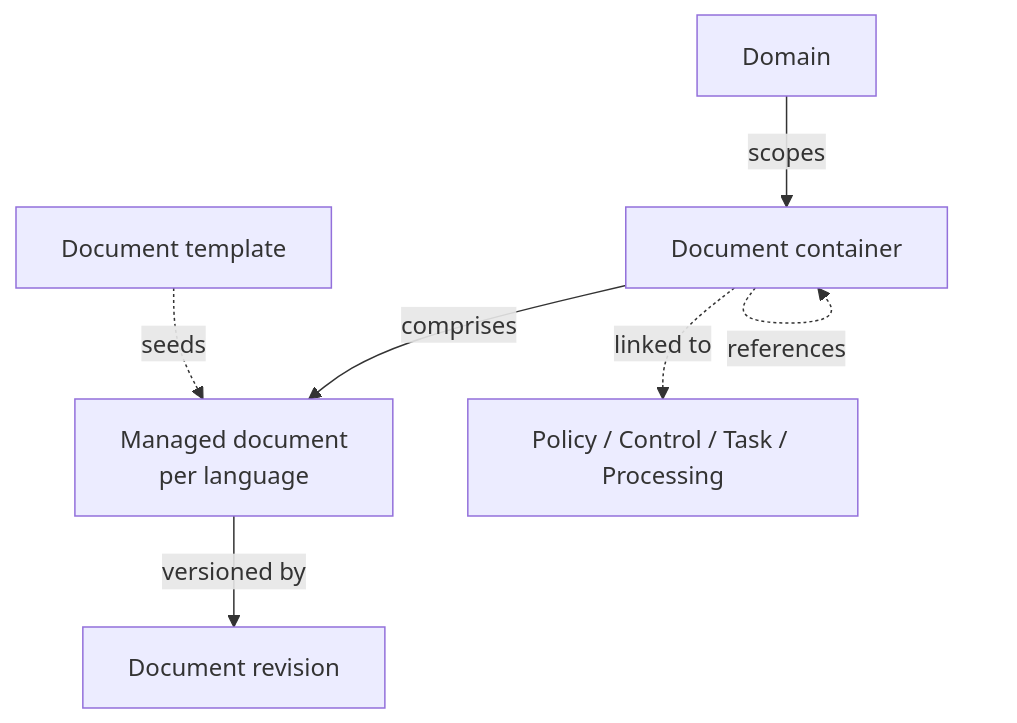
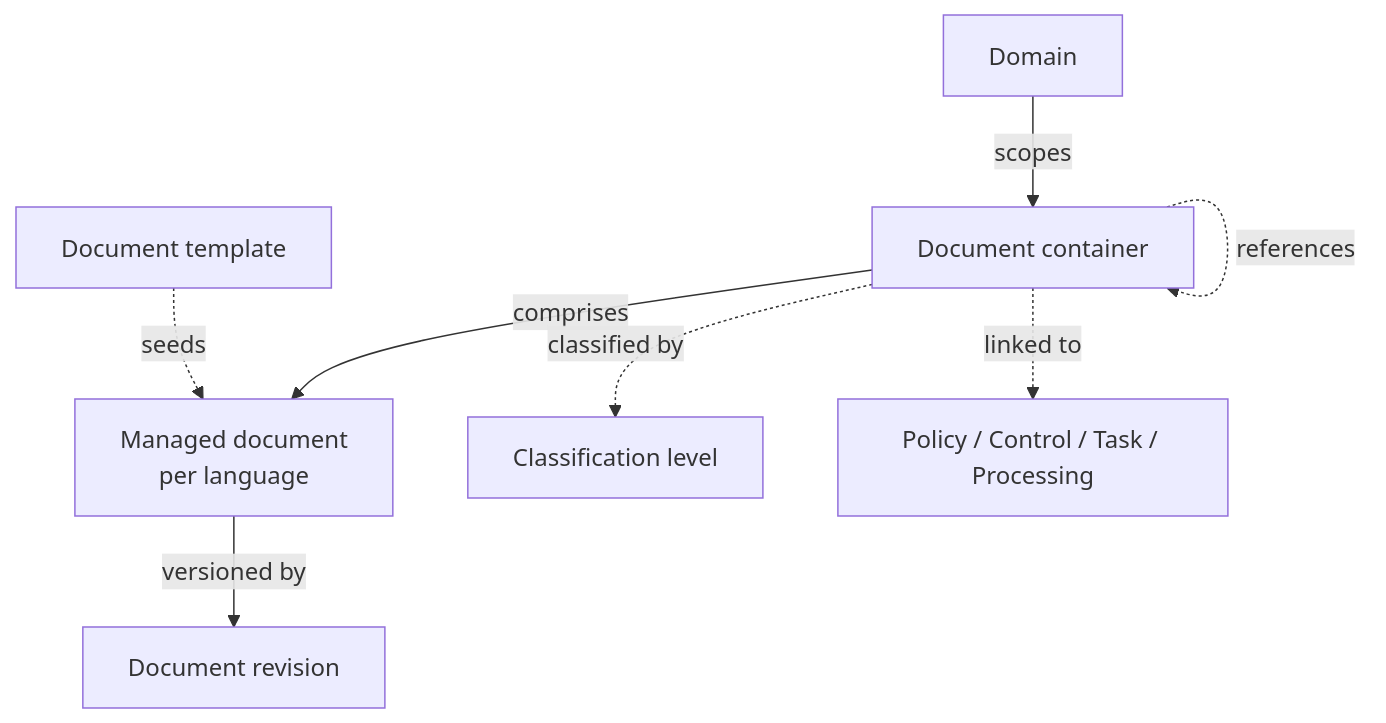
Before and after one commit to intuitem/ciso-assistant-community: the diagram in product-docs/concepts/documents.md, drawn with Mermaid. The commit also changed other lines of this file and 5 other files, not shown here.

````diff
--- a/product-docs/concepts/documents.md
+++ b/product-docs/concepts/documents.md
@@ -13,9 +13,10 @@
 ```mermaid
 graph TD
   Domain -- scopes --> DC[Document container]
   DC -- comprises --> MD[Managed document<br/>per language]
   MD -- versioned by --> DR[Document revision]
   T[Document template] -. seeds .-> MD
+  DC -. classified by .-> CL[Classification level]
   DC -. references .-> DC
   DC -. linked to .-> O[Policy / Control / Task / Processing]
 ```
````
